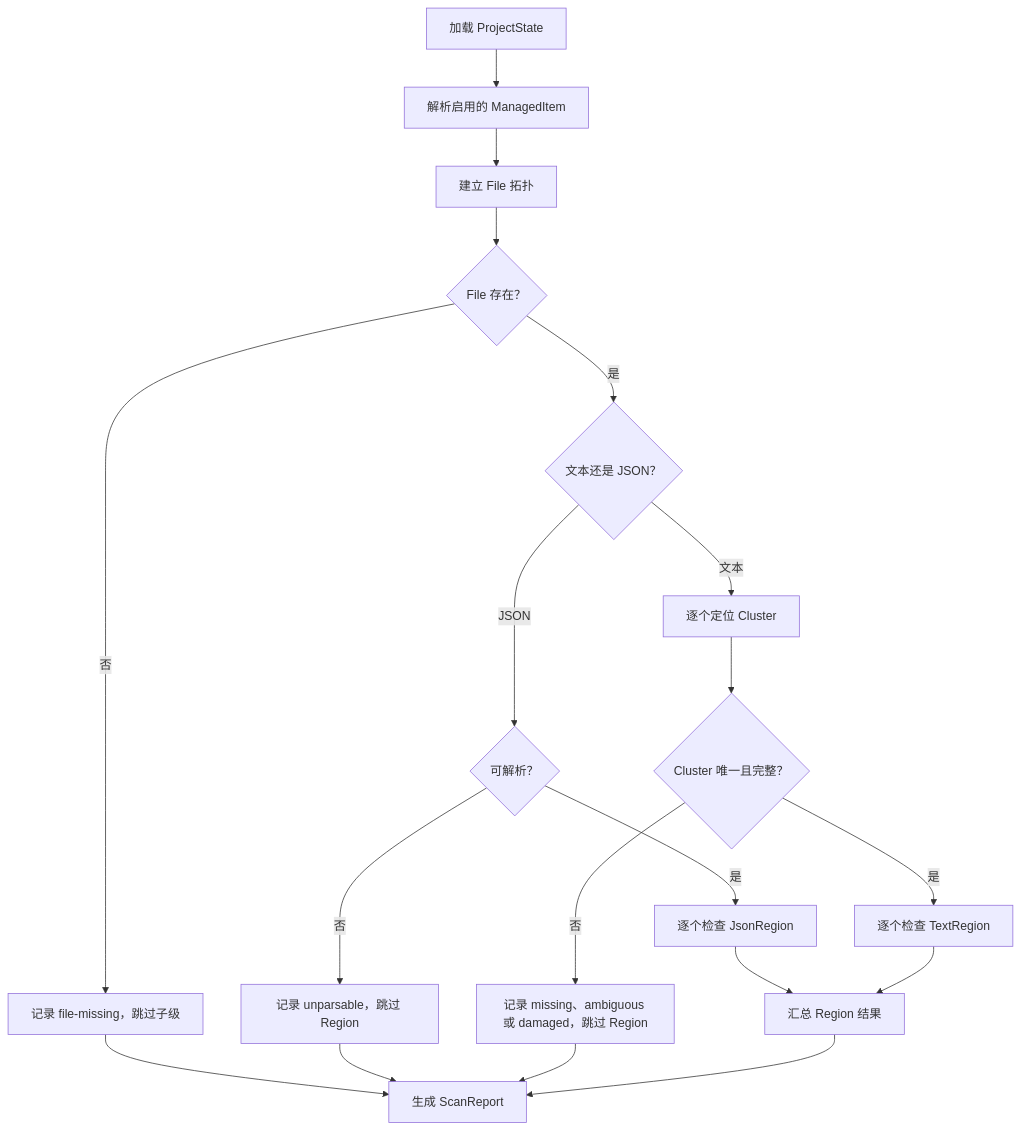
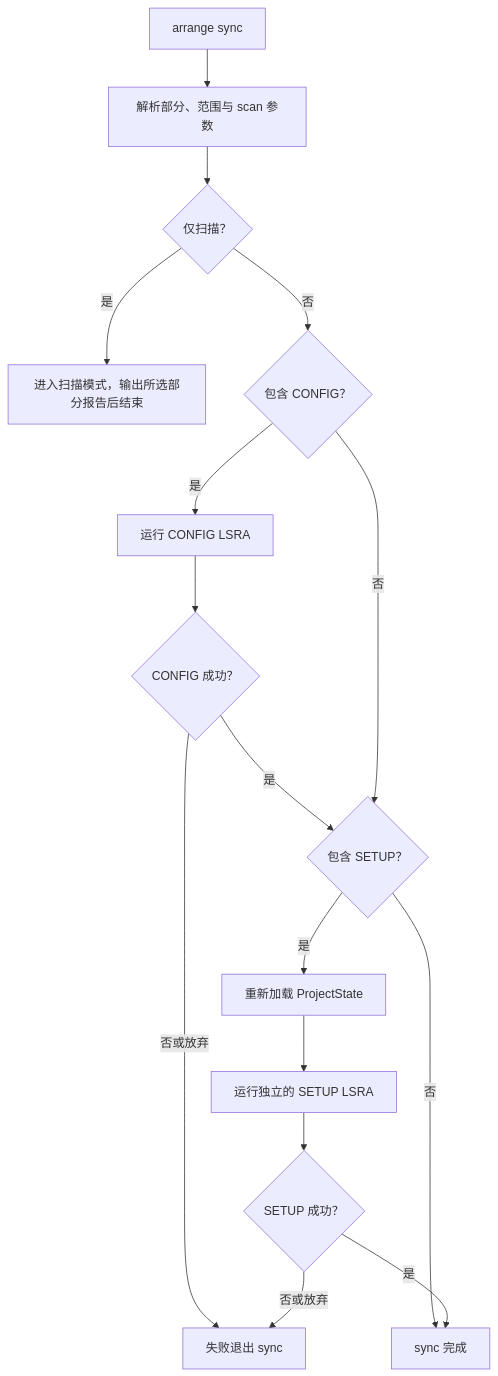
One commit to EarzuChan/Arrange changed the third of 11 diagrams in docs/proj/m2/2/命令定义.md. Above: the diagram before and after it, drawn with Mermaid. The commit also changed other lines of this file and 75 other files, not shown here.

Commit message:
feat: half way of cli sync config phase

````diff
--- a/docs/proj/m2/2/命令定义.md
+++ b/docs/proj/m2/2/命令定义.md
@@ -179,21 +106,18 @@
 ```mermaid
 flowchart TD
-    A[加载 ProjectState] --> B[解析启用的 ManagedItem]
-    B --> C[建立 File 拓扑]
-    C --> D{File 存在？}
-    D -->|否| E[记录 file-missing，跳过子级]
-    D -->|是| F{文本还是 JSON？}
-    F -->|JSON| G{可解析？}
-    G -->|否| H[记录 unparsable，跳过 Region]
-    G -->|是| I[逐个检查 JsonRegion]
-    F -->|文本| J[逐个定位 Cluster]
-    J --> K{Cluster 唯一且完整？}
-    K -->|否| L[记录 missing、ambiguous 或 damaged，跳过 Region]
-    K -->|是| M[逐个检查 TextRegion]
-    I --> N[汇总 Region 结果]
-    M --> N
-    E --> O[生成 ScanReport]
-    H --> O
-    L --> O
-    N --> O
+    A["arrange sync"] --> B["解析部分、范围与 scan 参数"]
+    B --> C{"仅扫描？"}
+    C -->|是| SO["进入扫描模式，输出所选部分报告后结束"]
+    C -->|否| D{"包含 CONFIG？"}
+    D -->|是| E["运行 CONFIG LSRA"]
+    E --> F{"CONFIG 成功？"}
+    F -->|否或放弃| AB["失败退出 sync"]
+    F -->|是| G{"包含 SETUP？"}
+    D -->|否| G
+    G -->|否| DONE["sync 完成"]
+    G -->|是| H["重新加载 ProjectState"]
+    H --> I["运行独立的 SETUP LSRA"]
+    I --> J{"SETUP 成功？"}
+    J -->|是| DONE
+    J -->|否或放弃| AB
 ```
````
